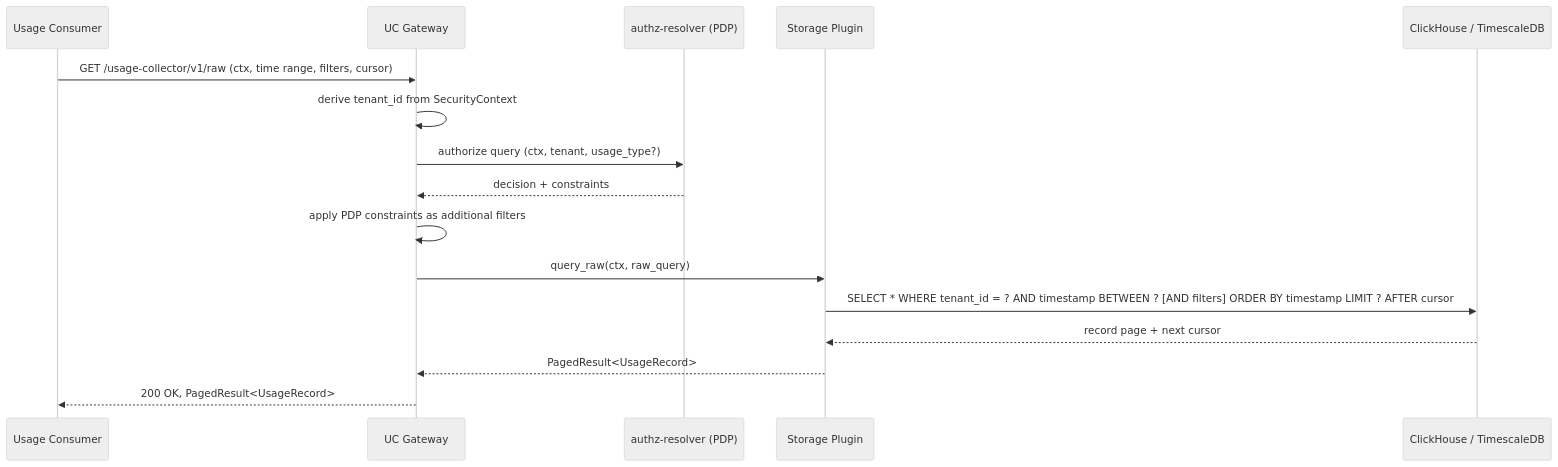
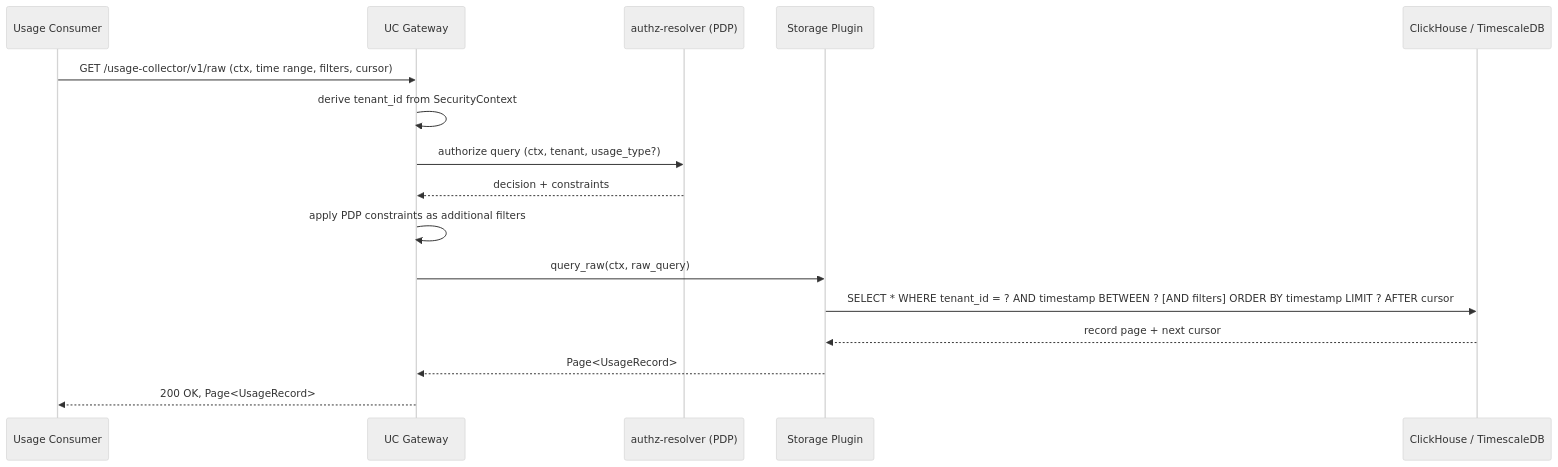
Before and after one commit to capybutler/cyberfabric-core: the fifth of 8 diagrams in modules/system/usage-collector/docs/DESIGN.md, drawn with Mermaid (neutral theme). The commit also changed other lines of this file and 29 other files, not shown here.

````diff
--- a/modules/system/usage-collector/docs/DESIGN.md
+++ b/modules/system/usage-collector/docs/DESIGN.md
@@ -825,19 +846,19 @@
 ```mermaid
 sequenceDiagram
     participant Consumer as Usage Consumer
     participant GW as UC Gateway
     participant PDP as authz-resolver (PDP)
     participant Plugin as Storage Plugin
     participant DB as ClickHouse / TimescaleDB
 
     Consumer->>GW: GET /usage-collector/v1/raw (ctx, time range, filters, cursor)
     GW->>GW: derive tenant_id from SecurityContext
     GW->>PDP: authorize query (ctx, tenant, usage_type?)
     PDP-->>GW: decision + constraints
     GW->>GW: apply PDP constraints as additional filters
     GW->>Plugin: query_raw(ctx, raw_query)
     Plugin->>DB: SELECT * WHERE tenant_id = ? AND timestamp BETWEEN ? [AND filters] ORDER BY timestamp LIMIT ? AFTER cursor
     DB-->>Plugin: record page + next cursor
-    Plugin-->>GW: PagedResult<UsageRecord>
-    GW-->>Consumer: 200 OK, PagedResult<UsageRecord>
+    Plugin-->>GW: Page<UsageRecord>
+    GW-->>Consumer: 200 OK, Page<UsageRecord>
 ```
````
